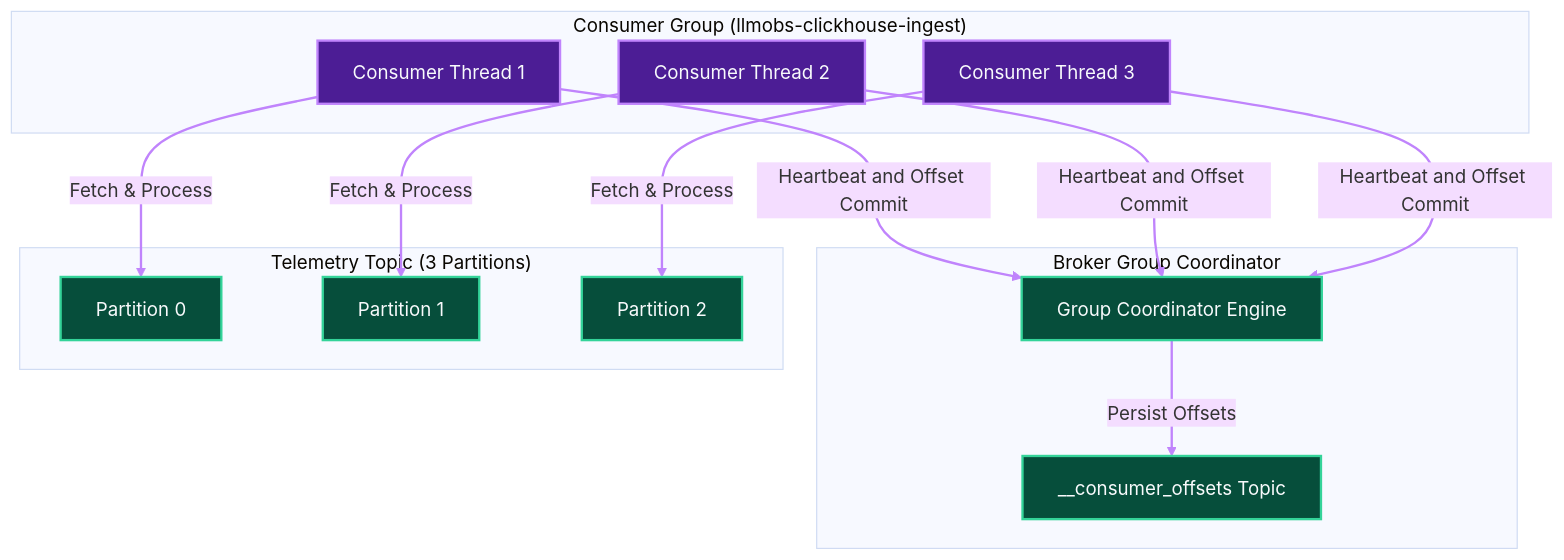
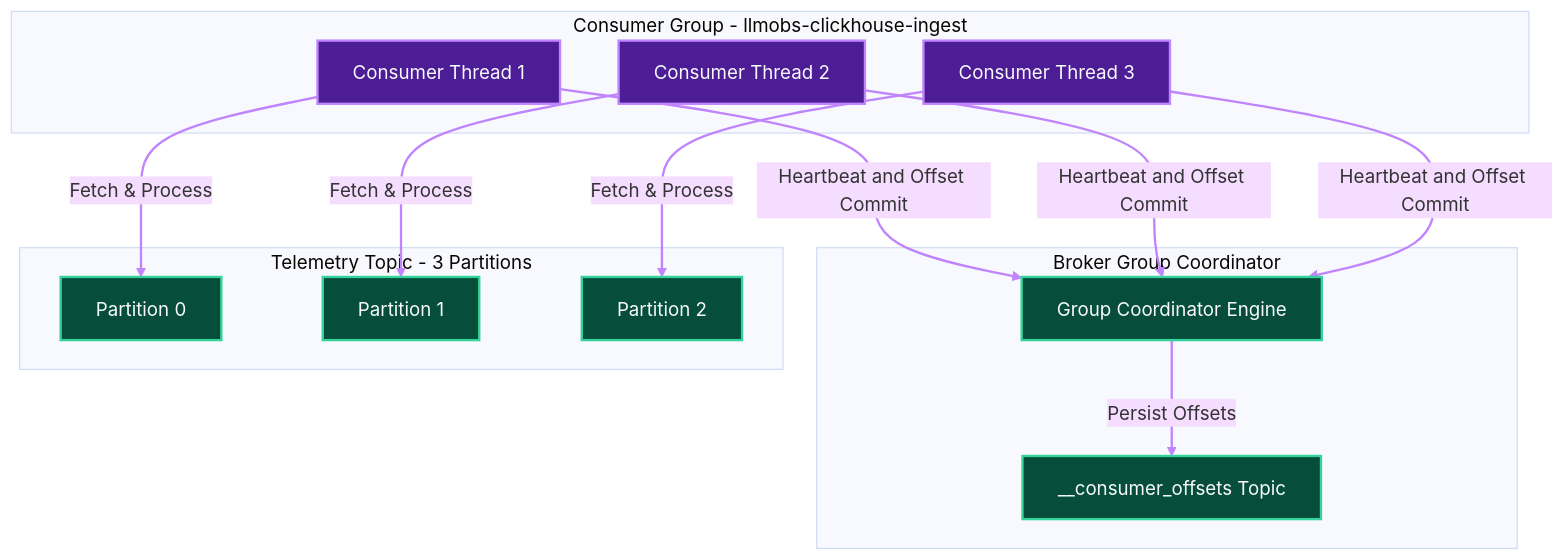
Before and after one commit to Chief-Strategist-J/llm-obs-infra: the seventh of 24 diagrams in docs/configDoc/kafka-configuration-guide.md, drawn with Mermaid (base theme). The commit also changed other lines of this file, not shown here.

Commit message:
fix(kafka-docs): remove parentheses from subgraph titles to fix GitHub Mermaid parser error

````diff
--- a/docs/configDoc/kafka-configuration-guide.md
+++ b/docs/configDoc/kafka-configuration-guide.md
@@ -881,39 +881,39 @@
 ```mermaid
 graph TD
-    subgraph ConsumerGroup ["Consumer Group (llmobs-clickhouse-ingest)"]
+    subgraph ConsumerGroup ["Consumer Group - llmobs-clickhouse-ingest"]
         C1["Consumer Thread 1"]
         C2["Consumer Thread 2"]
         C3["Consumer Thread 3"]
     end
 
     subgraph BrokerGroupCoordinator ["Broker Group Coordinator"]
         Coord["Group Coordinator Engine"]
         OffsetTopic["__consumer_offsets Topic"]
     end
 
-    subgraph KafkaTopicPartitions ["Telemetry Topic (3 Partitions)"]
+    subgraph KafkaTopicPartitions ["Telemetry Topic - 3 Partitions"]
         P0["Partition 0"]
         P1["Partition 1"]
         P2["Partition 2"]
     end
 
     C1 -->|Fetch & Process| P0
     C2 -->|Fetch & Process| P1
     C3 -->|Fetch & Process| P2
 
     C1 -->|Heartbeat and Offset Commit| Coord
     C2 -->|Heartbeat and Offset Commit| Coord
     C3 -->|Heartbeat and Offset Commit| Coord
     Coord -->|Persist Offsets| OffsetTopic
 
     style C1 fill:#4c1d95,stroke:#c084fc,stroke-width:2px,color:#f8fafc
     style C2 fill:#4c1d95,stroke:#c084fc,stroke-width:2px,color:#f8fafc
     style C3 fill:#4c1d95,stroke:#c084fc,stroke-width:2px,color:#f8fafc
     style Coord fill:#064e3b,stroke:#34d399,stroke-width:2px,color:#f8fafc
     style OffsetTopic fill:#064e3b,stroke:#34d399,stroke-width:2px,color:#f8fafc
     style P0 fill:#064e3b,stroke:#34d399,stroke-width:2px,color:#f8fafc
     style P1 fill:#064e3b,stroke:#34d399,stroke-width:2px,color:#f8fafc
     style P2 fill:#064e3b,stroke:#34d399,stroke-width:2px,color:#f8fafc
 
     linkStyle 0,1,2,3,4,5,6 stroke:#c084fc,stroke-width:2px;
 ```
````
